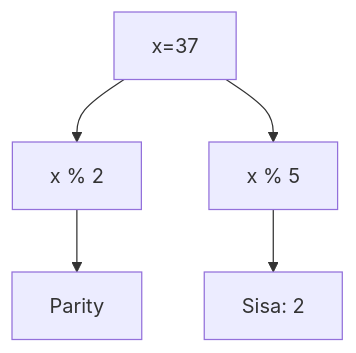
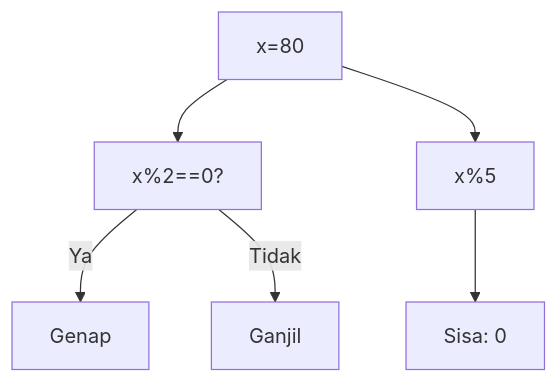
One commit to amnahwaida/OSNK_INF_PREP changed diagram 17 of 25 in part-c-pemahaman-cpp/06-bitwise/latihan/set-07.md. Above: the diagram before and after it, drawn with Mermaid. The commit also changed other lines of this file and 71 other files, not shown here.

Commit message:
Fixed Mermaid syntax lexical errors with quoted labels in 1,800 questions

````diff
--- a/part-c-pemahaman-cpp/06-bitwise/latihan/set-07.md
+++ b/part-c-pemahaman-cpp/06-bitwise/latihan/set-07.md
@@ -538,7 +535,8 @@
 ```mermaid
 graph TD
-A[x=37] --> B[x % 2]
-B --> C[Parity]
-A --> D[x % 5]
-D --> E[Sisa: 2]
+A["x=80"] --> B["x%2==0?"]
+B -- Ya --> C["Genap"]
+B -- Tidak --> D["Ganjil"]
+A --> E["x%5"]
+E --> F["Sisa: 0"]
 ```
````
